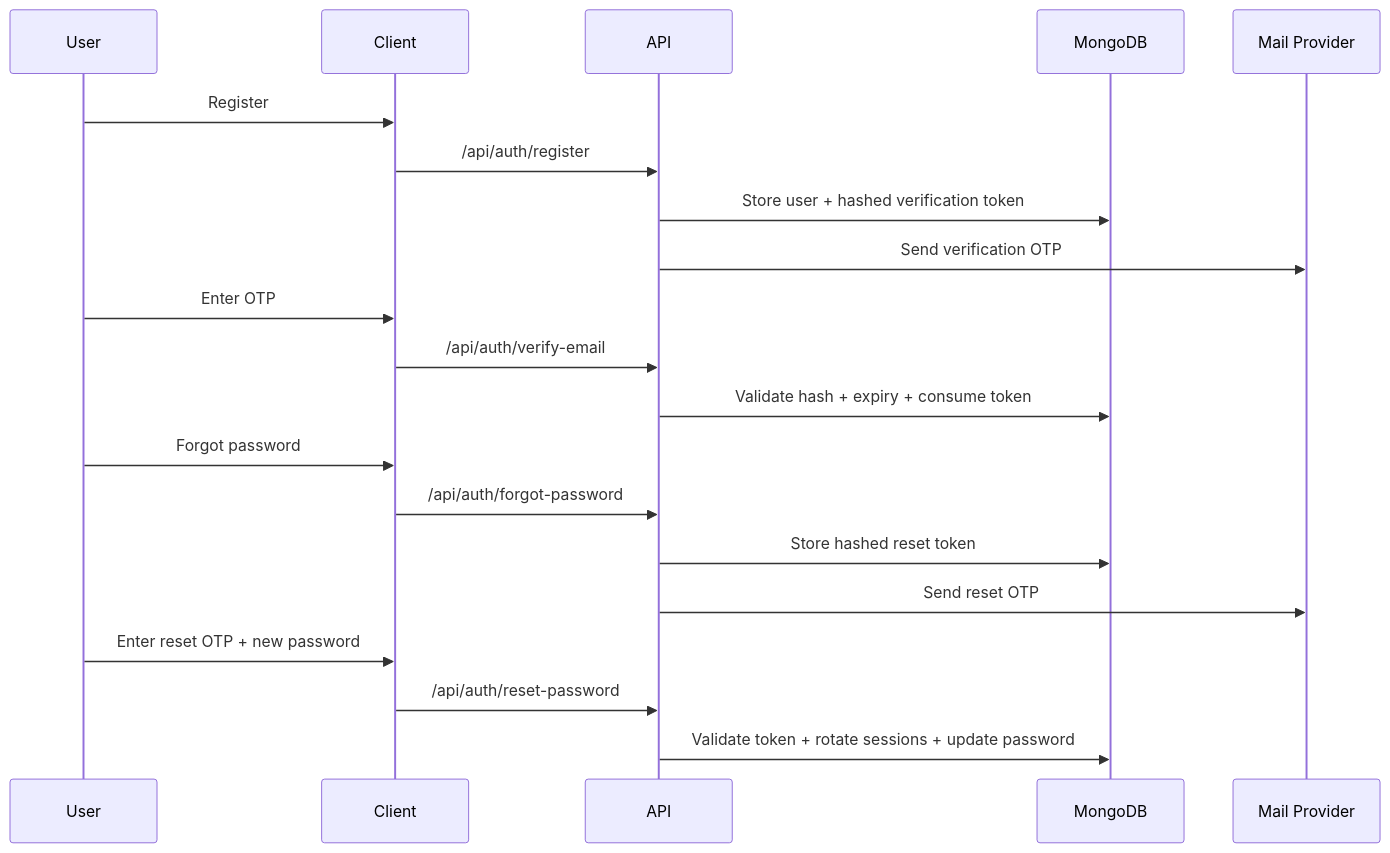
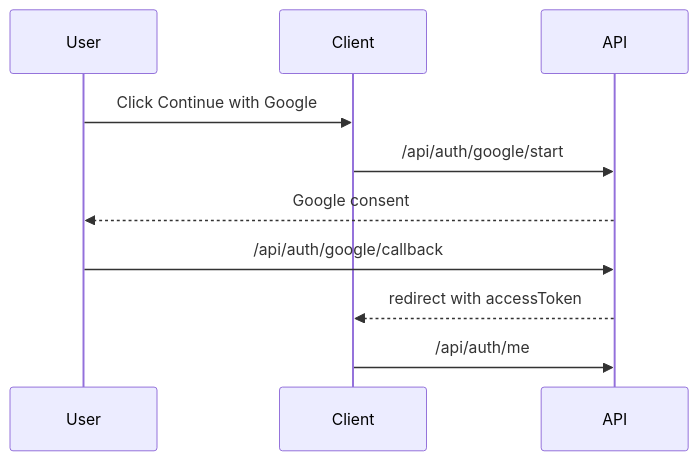
Before and after one commit to comp596-spring-2026/RetailSync: the third of 3 diagrams in docs/architecture/system-overview.md, drawn with Mermaid. The commit also changed other lines of this file and 41 other files, not shown here.

Commit message:
Removed Client Register with email and just kept Google OAuth

````diff
--- a/docs/architecture/system-overview.md
+++ b/docs/architecture/system-overview.md
@@ -57,24 +54,12 @@
 ```mermaid
 sequenceDiagram
   participant U as User
   participant C as Client
   participant A as API
-  participant DB as MongoDB
-  participant M as Mail Provider
-
-  U->>C: Register
-  C->>A: /api/auth/register
-  A->>DB: Store user + hashed verification token
-  A->>M: Send verification OTP
-  U->>C: Enter OTP
-  C->>A: /api/auth/verify-email
-  A->>DB: Validate hash + expiry + consume token
-
-  U->>C: Forgot password
-  C->>A: /api/auth/forgot-password
-  A->>DB: Store hashed reset token
-  A->>M: Send reset OTP
-  U->>C: Enter reset OTP + new password
-  C->>A: /api/auth/reset-password
-  A->>DB: Validate token + rotate sessions + update password
+  U->>C: Click Continue with Google
+  C->>A: /api/auth/google/start
+  A-->>U: Google consent
+  U->>A: /api/auth/google/callback
+  A-->>C: redirect with accessToken
+  C->>A: /api/auth/me
 ```
````
